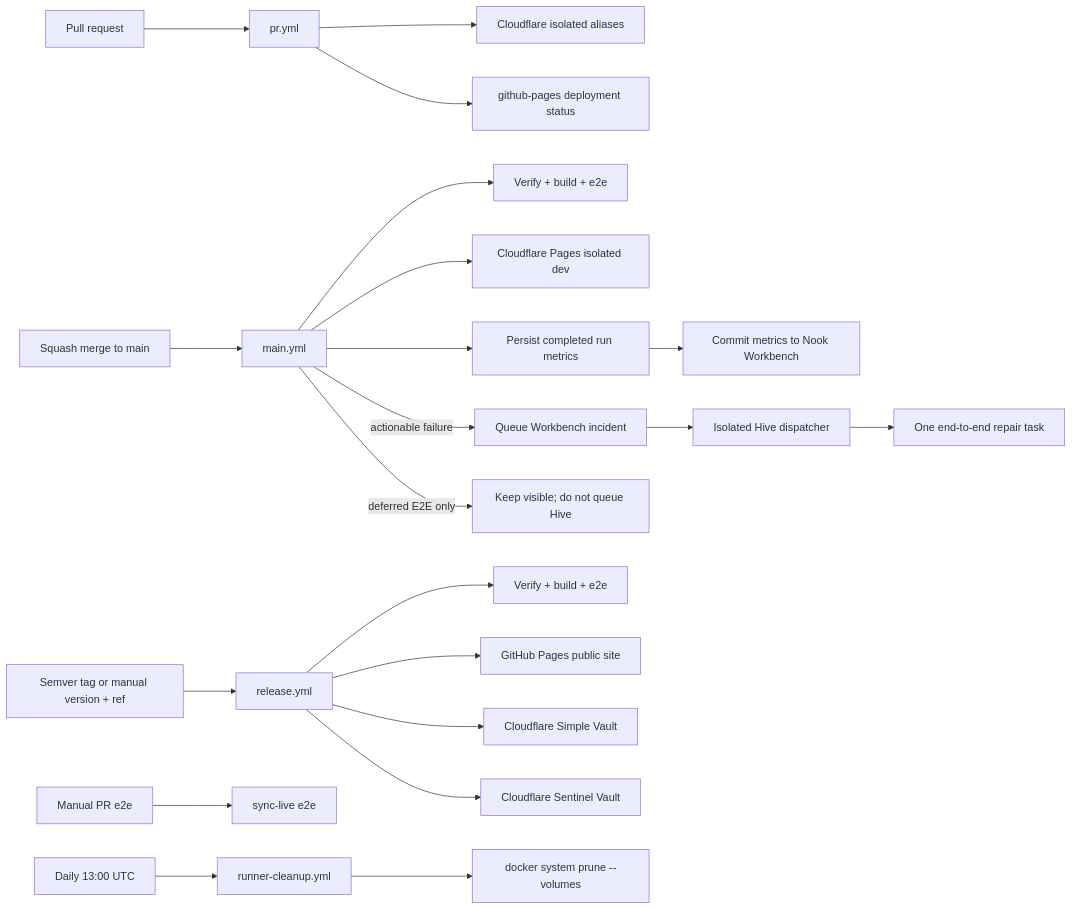
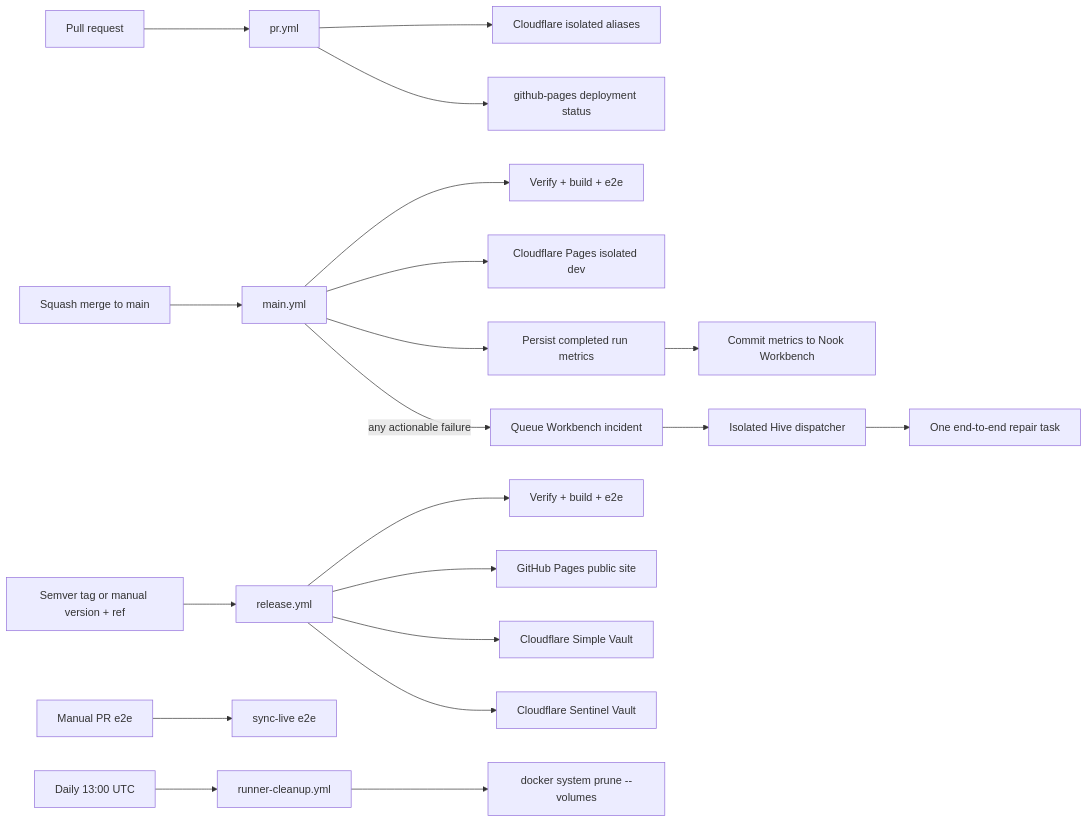
Before and after one commit to meta-secret/nook: the diagram in .cortex/workflows/ci-pipeline.md, drawn with Mermaid. The commit also changed other lines of this file and 7 other files, not shown here.

Commit message:
Queue every failed Main run for Hive

````diff
--- a/.cortex/workflows/ci-pipeline.md
+++ b/.cortex/workflows/ci-pipeline.md
@@ -27,27 +27,26 @@
 ```mermaid
 flowchart LR
   PR[Pull request] --> pr_yml[pr.yml]
   pr_yml --> preview[Cloudflare isolated aliases]
   pr_yml --> pr_deployment[github-pages deployment status]
 
   merge[Squash merge to main] --> main_yml[main.yml]
   main_yml --> main_verify[Verify + build + e2e]
   main_yml --> cf_dev[Cloudflare Pages isolated dev]
   main_yml --> main_stats[Persist completed run metrics]
   main_stats --> workbench_stats[Commit metrics to Nook Workbench]
-  main_yml -->|actionable failure| main_failure[Queue Workbench incident]
-  main_yml -->|deferred E2E only| deferred_e2e[Keep visible; do not queue Hive]
+  main_yml -->|any actionable failure| main_failure[Queue Workbench incident]
   main_failure --> hive_dispatcher[Isolated Hive dispatcher]
   hive_dispatcher --> hive_worker[One end-to-end repair task]
 
   release[Semver tag or manual version + ref] --> release_yml[release.yml]
   release_yml --> release_verify[Verify + build + e2e]
   release_yml --> pages[GitHub Pages public site]
   release_yml --> simple_cf[Cloudflare Simple Vault]
   release_yml --> sentinel_cf[Cloudflare Sentinel Vault]
 
   manual_e2e[Manual PR e2e] --> e2e_live[sync-live e2e]
 
   cleanup_cron[Daily 13:00 UTC] --> cleanup[runner-cleanup.yml]
   cleanup --> docker_prune["docker system prune --volumes"]
 ```
````
